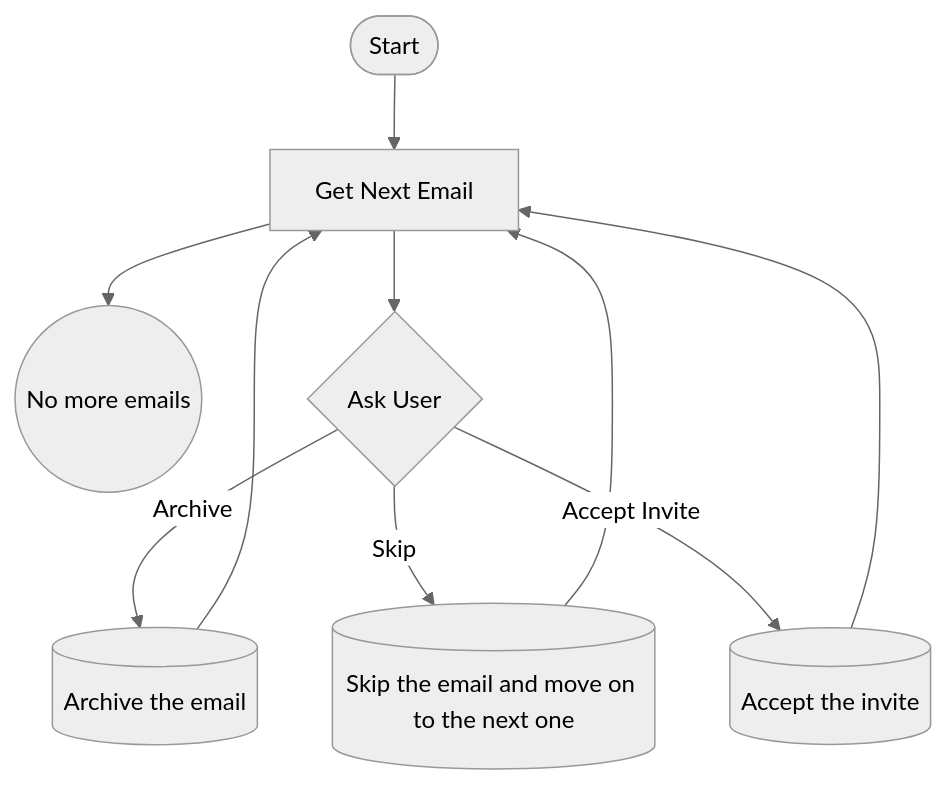
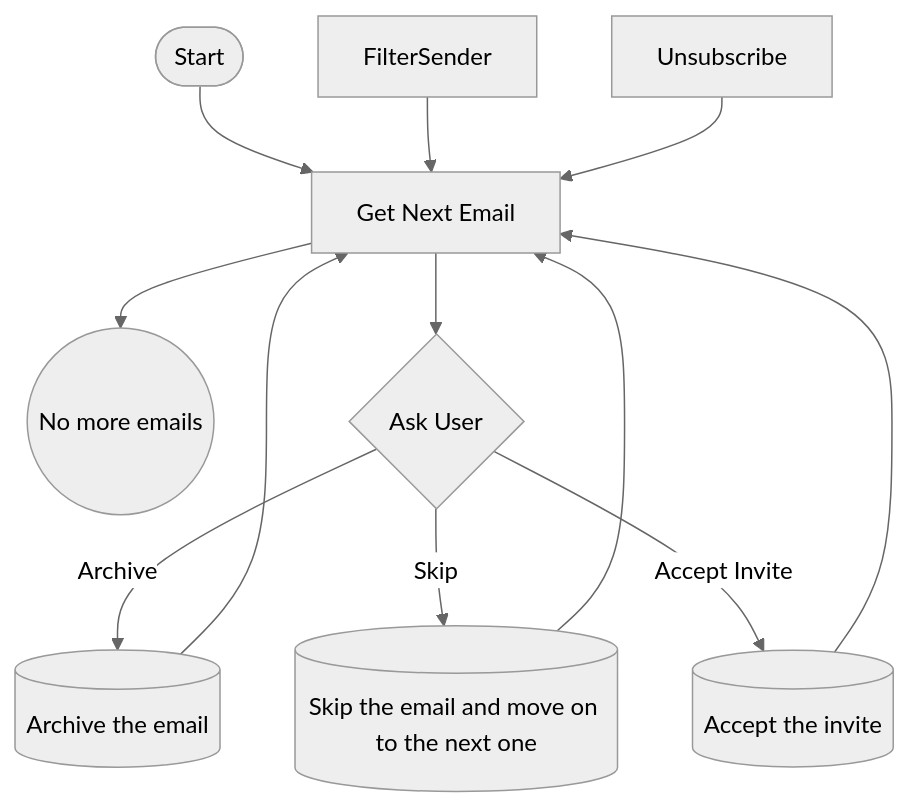
Before and after one commit to rgarcia/teague: the diagram in apps/web/scripts/system-prompt.md, drawn with Mermaid (neutral theme). The commit also changed 5 other files, not shown here.

````diff
--- a/apps/web/scripts/system-prompt.md
+++ b/apps/web/scripts/system-prompt.md
@@ -45,15 +45,19 @@
 ```mermaid
 flowchart TD
     Start([Start]) --> GetNextEmail[Get Next Email]
     GetNextEmail --> NoEmails((No more emails))
     GetNextEmail --> AskUser{Ask User}
     AskUser -->|Archive| Archive[(Archive the email)]
     AskUser -->|Skip| Skip[(Skip the email and move on to the next one)]
     AskUser -->|Accept Invite| AcceptInvite[(Accept the invite)]
     %% As soon as you successfully call Archive you should transition to calling the GetNextEmail tool.
     Archive --> GetNextEmail
     %% As soon as you successfully call Skip you should transition to calling the GetNextEmail tool.
     Skip --> GetNextEmail
     %% As soon as you successfully AcceptInvite you should transition to calling the GetNextEmail tool.
     AcceptInvite --> GetNextEmail
+    %% As soon as you successfully FilterSender you should transition to calling the GetNextEmail tool.
+    FilterSender --> GetNextEmail
+    %% As soon as you successfully Unsubscribe you should transition to calling the GetNextEmail tool.
+    Unsubscribe --> GetNextEmail
 ```
````
